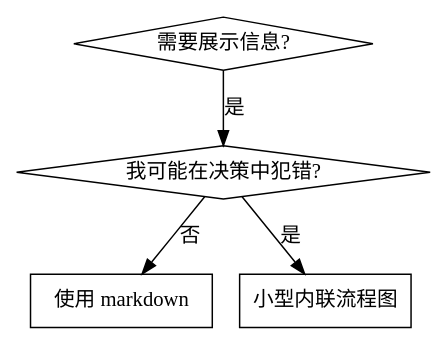
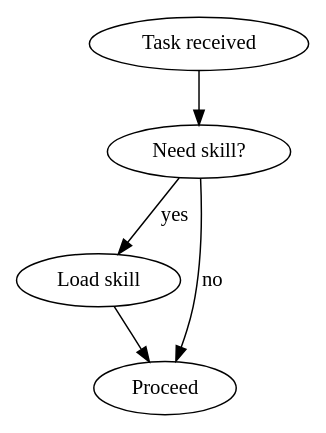
One commit to sscodeai/superpowers-ja changed the diagram in skills/writing-skills/SKILL.md. Above: the diagram before and after it, drawn with Graphviz. The commit also changed other lines of this file and 8 other files, not shown here.

````diff
--- a/skills/writing-skills/SKILL.md
+++ b/skills/writing-skills/SKILL.md
@@ -291,12 +148,13 @@
 ```dot
-digraph when_flowchart {
-    "需要展示信息?" [shape=diamond];
-    "我可能在决策中犯错?" [shape=diamond];
-    "使用 markdown" [shape=box];
-    "小型内联流程图" [shape=box];
+digraph {
+  start [label="Task received"];
+  check [label="Need skill?"];
+  load [label="Load skill"];
+  proceed [label="Proceed"];
 
-    "需要展示信息?" -> "我可能在决策中犯错?" [label="是"];
-    "我可能在决策中犯错?" -> "小型内联流程图" [label="是"];
-    "我可能在决策中犯错?" -> "使用 markdown" [label="否"];
+  start -> check;
+  check -> load [label="yes"];
+  check -> proceed [label="no"];
+  load -> proceed;
 }
 ```
````
